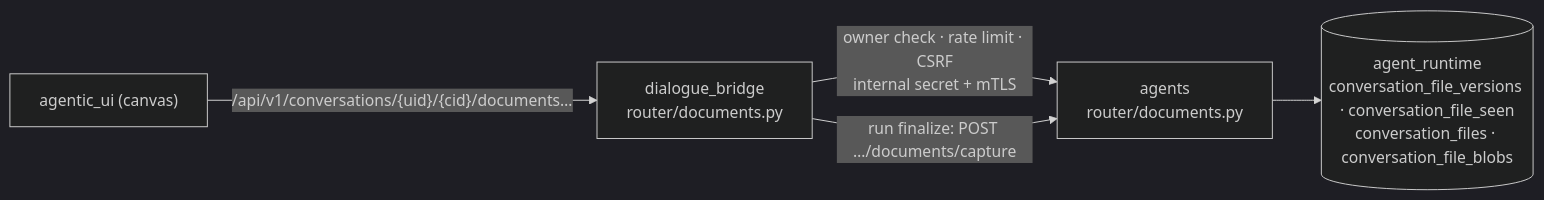
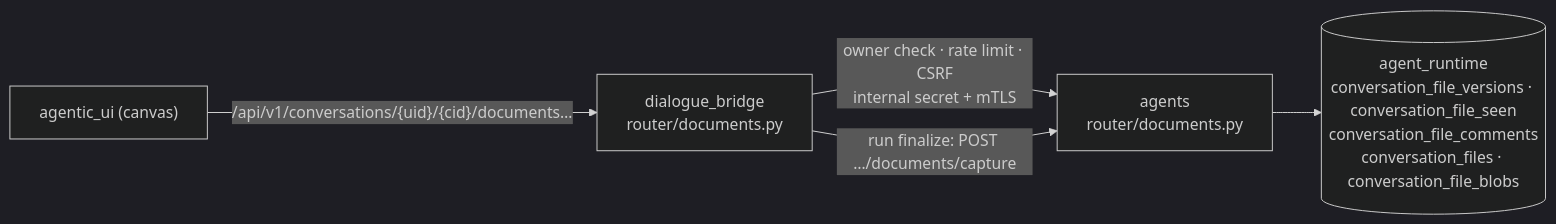
The first of 7 diagrams in docs/flows/canvas.md (konstantinosmpouros/magenticx), drawn with Mermaid (dark theme) before and after one commit. The commit also changed other lines of this file and 105 other files, not shown here.

````diff
--- a/docs/flows/canvas.md
+++ b/docs/flows/canvas.md
@@ -9,7 +9,7 @@
 ```mermaid
 flowchart LR
     UI["agentic_ui (canvas)"] -->|"/api/v1/conversations/{uid}/{cid}/documents…"| BR["dialogue_bridge<br/>router/documents.py"]
     BR -->|"owner check · rate limit · CSRF<br/>internal secret + mTLS"| AG["agents<br/>router/documents.py"]
-    AG --> PG[("agent_runtime<br/>conversation_file_versions · conversation_file_seen<br/>conversation_files · conversation_file_blobs")]
+    AG --> PG[("agent_runtime<br/>conversation_file_versions · conversation_file_seen<br/>conversation_file_comments<br/>conversation_files · conversation_file_blobs")]
     BR -->|"run finalize: POST …/documents/capture"| AG
 ```
````
